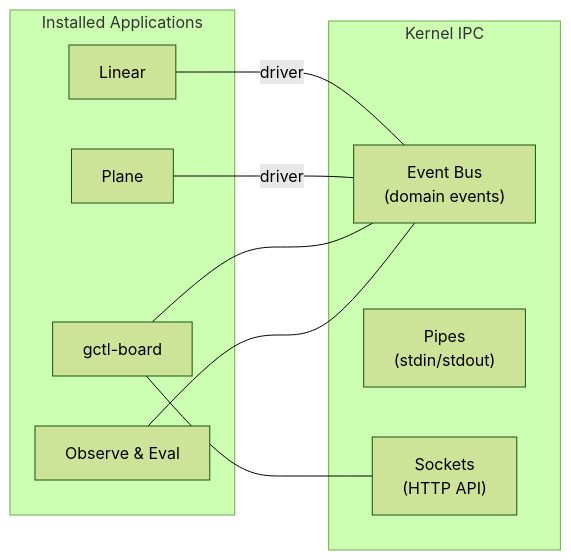
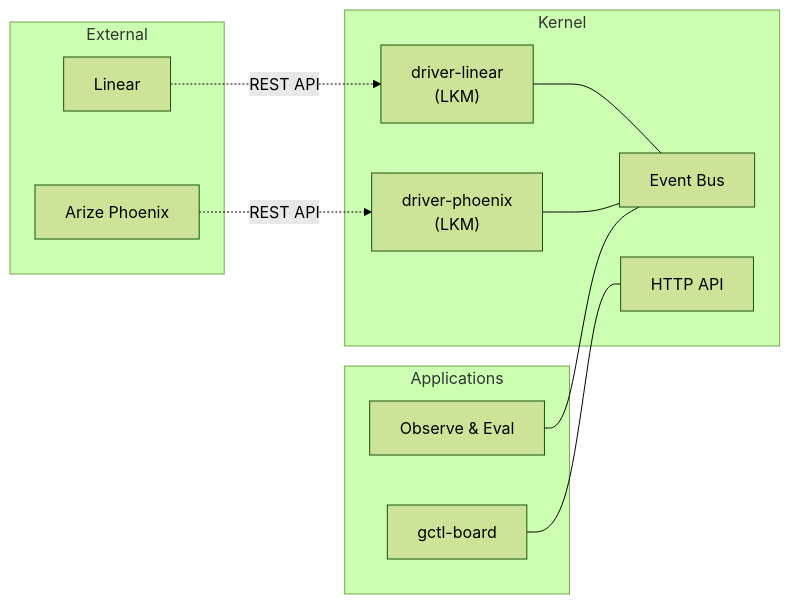
One commit to OpenHackersClub/gctrl changed the fifth of 7 diagrams in specs/architecture/os.md. Above: the diagram before and after it, drawn with Mermaid (forest theme). The commit also changed other lines of this file and 3 other files, not shown here.

````diff
--- a/specs/architecture/os.md
+++ b/specs/architecture/os.md
@@ -323,21 +336,26 @@
 ```mermaid
 flowchart LR
-  subgraph Installed["Installed Applications"]
-    Linear["Linear"]
-    Plane["Plane"]
+  subgraph KernelSpace["Kernel"]
+    Events["Event Bus"]
+    Sockets["HTTP API"]
+    DrvLinear["driver-linear<br/>(LKM)"]
+    DrvPhoenix["driver-phoenix<br/>(LKM)"]
+  end
+
+  subgraph UserSpace["Applications"]
     Board["gctl-board"]
     Eval["Observe & Eval"]
   end
 
-  subgraph IPC["Kernel IPC"]
-    Events["Event Bus<br/>(domain events)"]
-    Pipes["Pipes<br/>(stdin/stdout)"]
-    Sockets["Sockets<br/>(HTTP API)"]
+  subgraph External["External"]
+    Linear["Linear"]
+    Phoenix["Arize Phoenix"]
   end
 
-  Linear ---|"driver"| Events
-  Plane ---|"driver"| Events
-  Board --- Events
+  Linear -.->|"REST API"| DrvLinear
+  Phoenix -.->|"REST API"| DrvPhoenix
+  DrvLinear --- Events
+  DrvPhoenix --- Events
+  Board --- Sockets
   Eval --- Events
-  Board --- Sockets
 ```
````
